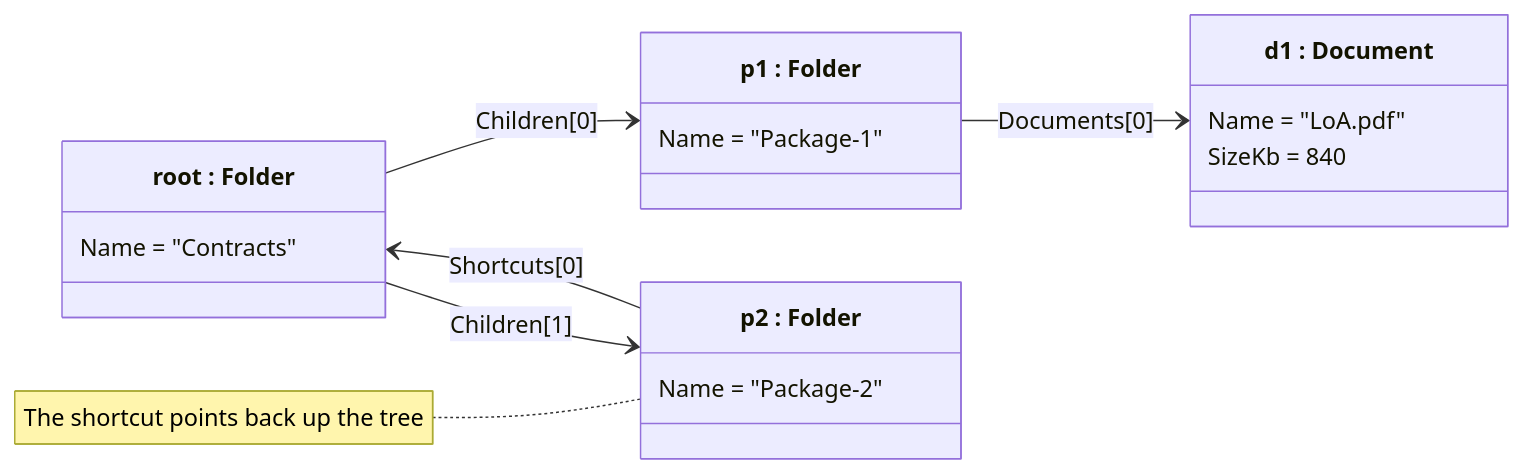
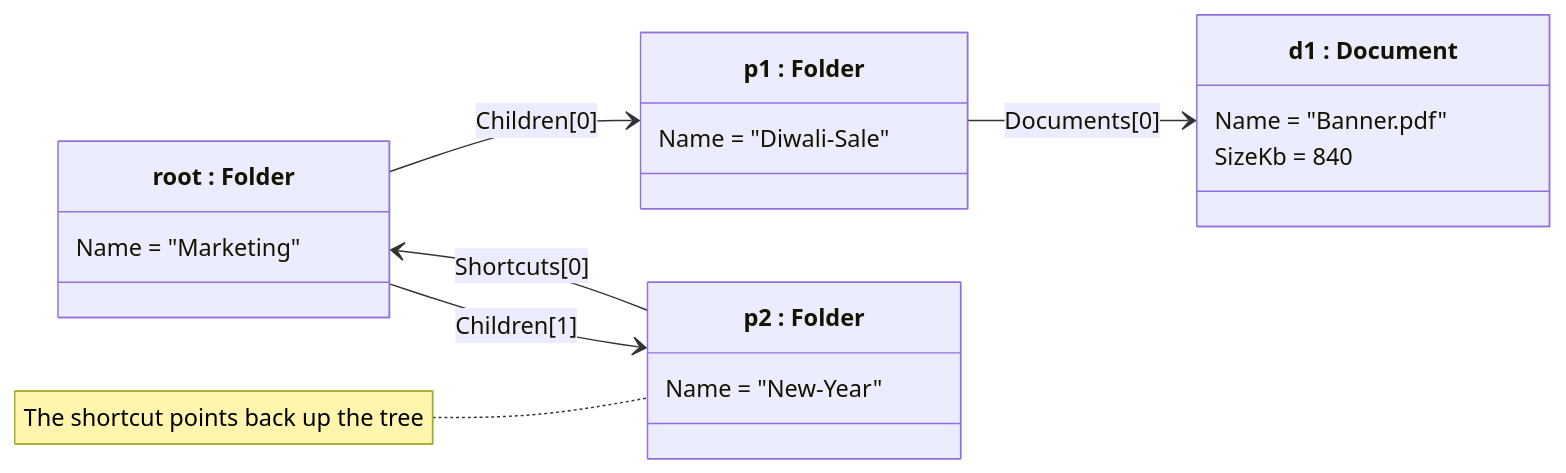
Before and after one commit to rizwi0786/system-design-lab: the eighth of 8 diagrams in content/lessons/m05/m05-object-diagrams.md, drawn with Mermaid. The commit also changed other lines of this file and 334 other files, not shown here.

````diff
--- a/content/lessons/m05/m05-object-diagrams.md
+++ b/content/lessons/m05/m05-object-diagrams.md
@@ -1188,22 +1188,22 @@
 ```mermaid
 classDiagram
     direction LR
     class root["root : Folder"] {
-        Name = "Contracts"
+        Name = "Marketing"
     }
     class p1["p1 : Folder"] {
-        Name = "Package-1"
+        Name = "Diwali-Sale"
     }
     class p2["p2 : Folder"] {
-        Name = "Package-2"
+        Name = "New-Year"
     }
     class d1["d1 : Document"] {
-        Name = "LoA.pdf"
+        Name = "Banner.pdf"
         SizeKb = 840
     }
     root --> p1 : Children[0]
     root --> p2 : Children[1]
     p1 --> d1 : Documents[0]
     p2 --> root : Shortcuts[0]
     note for p2 "The shortcut points back up the tree"
 ```
````
